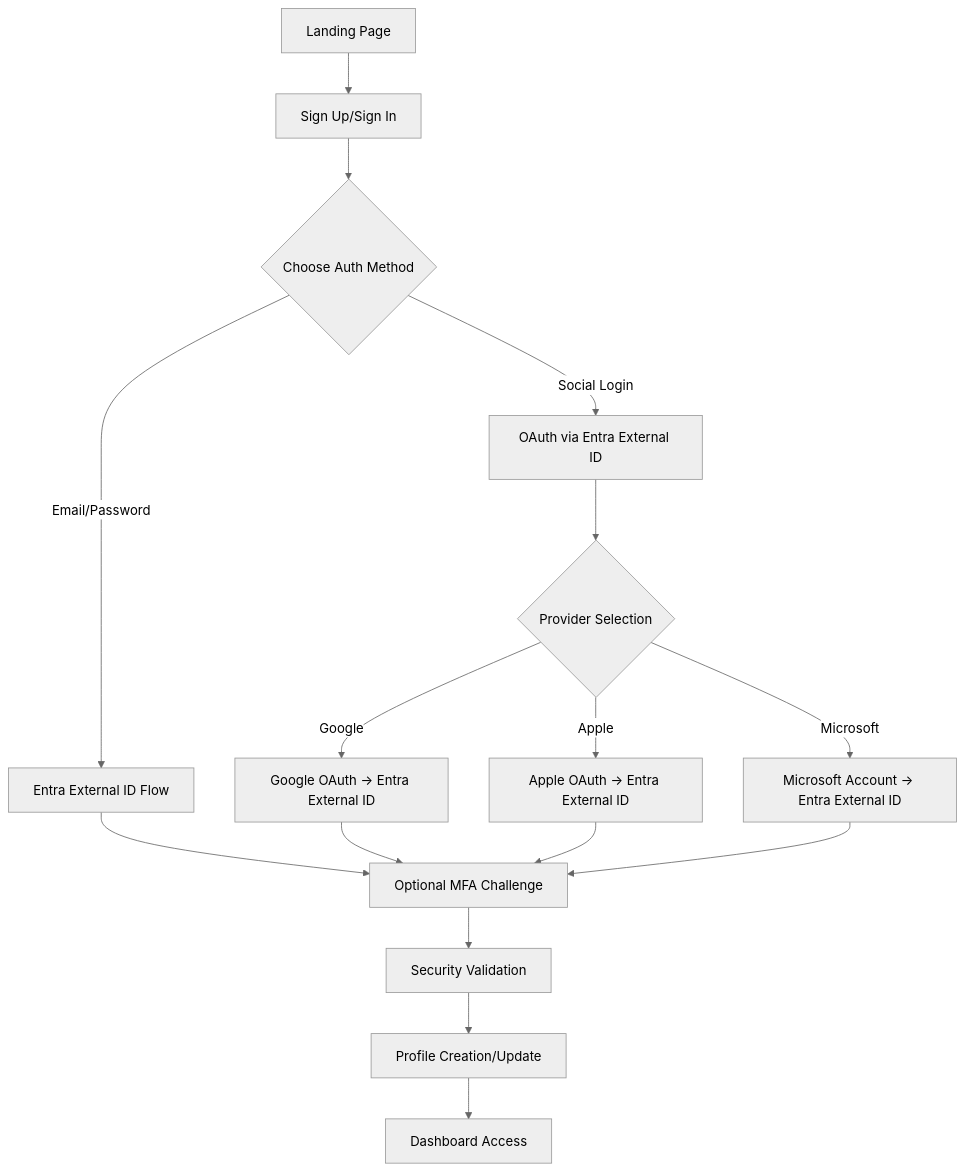
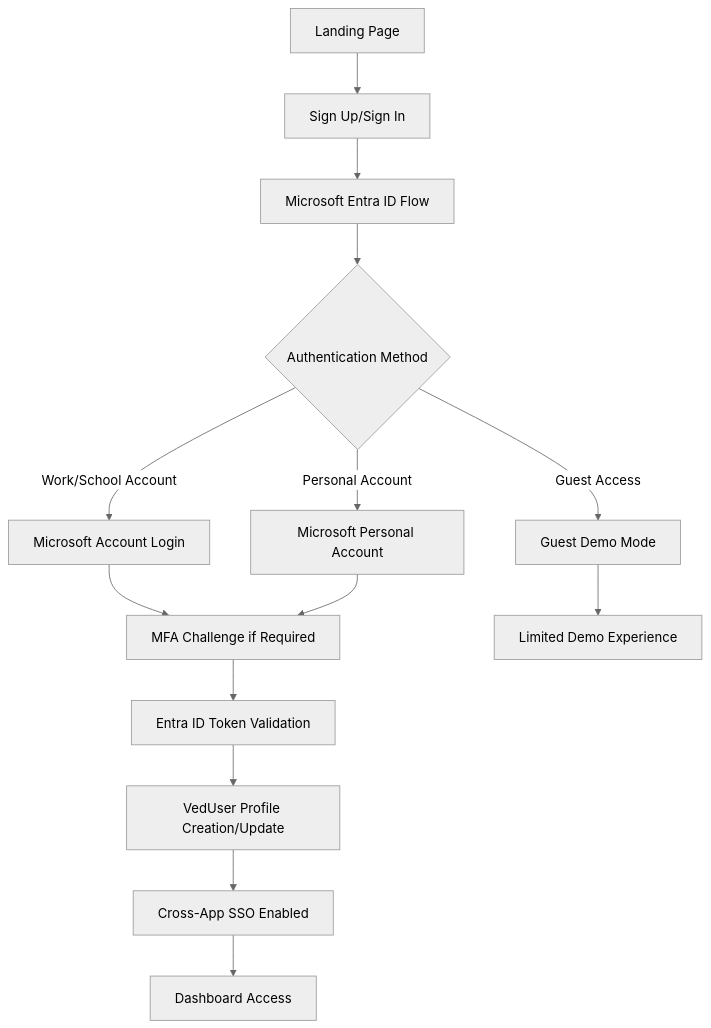
The third of 15 diagrams in docs/User_Experience.md (vedprakash-m/vigor), drawn with Mermaid (neutral theme) before and after one commit. The commit also changed other lines of this file and 108 other files, not shown here.

````diff
--- a/docs/User_Experience.md
+++ b/docs/User_Experience.md
@@ -172,18 +177,16 @@
 ```mermaid
 flowchart TD
   A[Landing Page] --> B[Sign Up/Sign In]
-  B --> C{Choose Auth Method}
-  C -->|Email/Password| D[Entra External ID Flow]
-  C -->|Social Login| E[OAuth via Entra External ID]
-  E --> F{Provider Selection}
-  F -->|Google| G[Google OAuth → Entra External ID]
-  F -->|Apple| H[Apple OAuth → Entra External ID]
-  F -->|Microsoft| I[Microsoft Account → Entra External ID]
-  D --> J[Optional MFA Challenge]
-  G --> J
-  H --> J
-  I --> J
-  J --> K[Security Validation]
-  K --> L[Profile Creation/Update]
-  L --> M[Dashboard Access]
+  B --> C[Microsoft Entra ID Flow]
+  C --> D{Authentication Method}
+  D -->|Work/School Account| E[Microsoft Account Login]
+  D -->|Personal Account| F[Microsoft Personal Account]
+  D -->|Guest Access| G[Guest Demo Mode]
+  E --> H[MFA Challenge if Required]
+  F --> H
+  H --> I[Entra ID Token Validation]
+  I --> J[VedUser Profile Creation/Update]
+  J --> K[Cross-App SSO Enabled]
+  K --> L[Dashboard Access]
+  G --> M[Limited Demo Experience]
 ```
````
